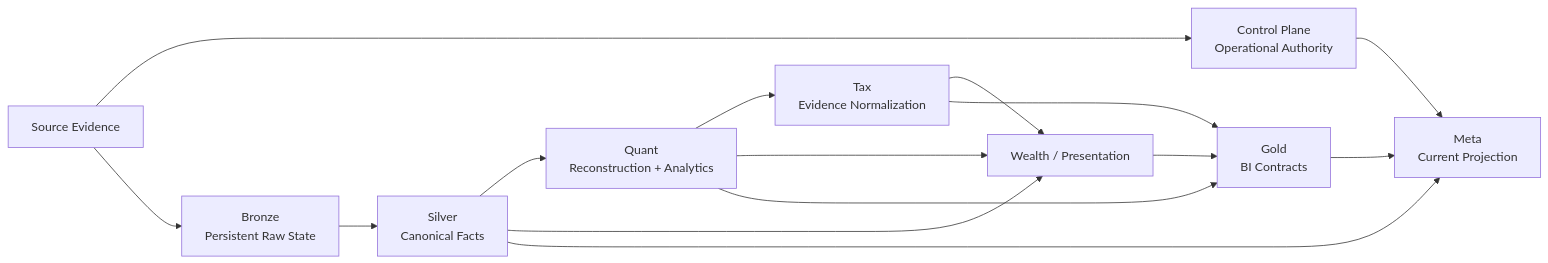
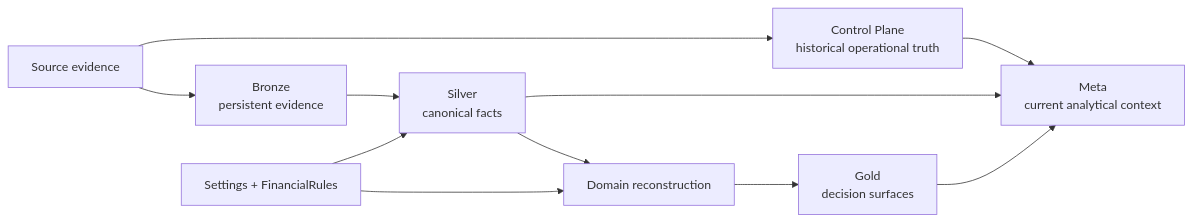
Diagram 12 of 12 in docs/README.md (tks18/personal-finance-etl), drawn with Mermaid before and after one commit. The commit also changed other lines of this file, not shown here.

````diff
--- a/docs/README.md
+++ b/docs/README.md
@@ -236,17 +649,15 @@
 ```mermaid
 flowchart LR
-    SRC["Source Evidence"] --> CP["Control Plane<br/>Operational Authority"]
-    SRC --> BR["Bronze<br/>Persistent Raw State"]
-    BR --> SIL["Silver<br/>Canonical Facts"]
-    SIL --> Q["Quant<br/>Reconstruction + Analytics"]
-    Q --> TAX["Tax<br/>Evidence Normalization"]
-    SIL --> W["Wealth / Presentation"]
-    Q --> W
-    TAX --> W
-    Q --> GOLD["Gold<br/>BI Contracts"]
-    TAX --> GOLD
-    W --> GOLD
-    CP --> META["Meta<br/>Current Projection"]
-    SIL --> META
-    GOLD --> META
+    SRC["Source evidence"] --> CP["Control Plane<br/>historical operational truth"]
+    SRC --> B["Bronze<br/>persistent evidence"]
+    B --> S["Silver<br/>canonical facts"]
+    S --> D["Domain reconstruction"]
+    D --> G["Gold<br/>decision surfaces"]
+
+    CP --> M["Meta<br/>current analytical context"]
+    S --> M
+    G --> M
+
+    CFG["Settings + FinancialRules"] --> S
+    CFG --> D
 ```
````
